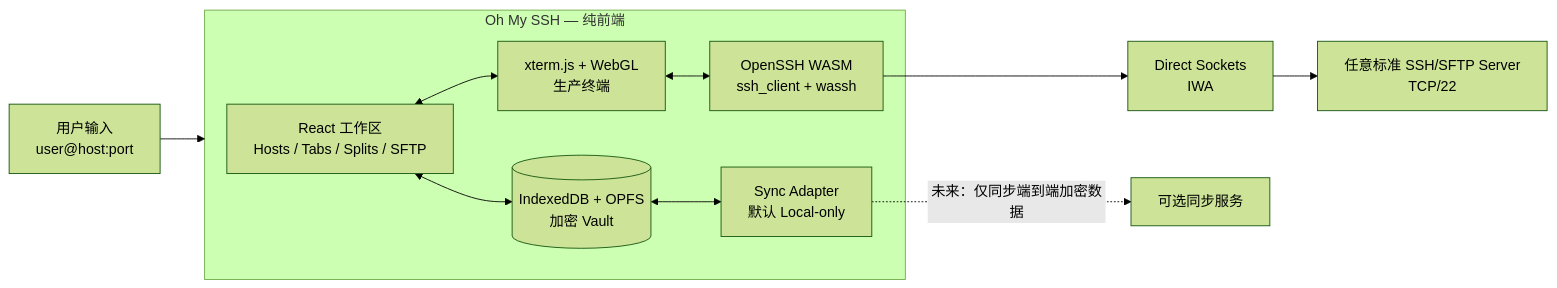
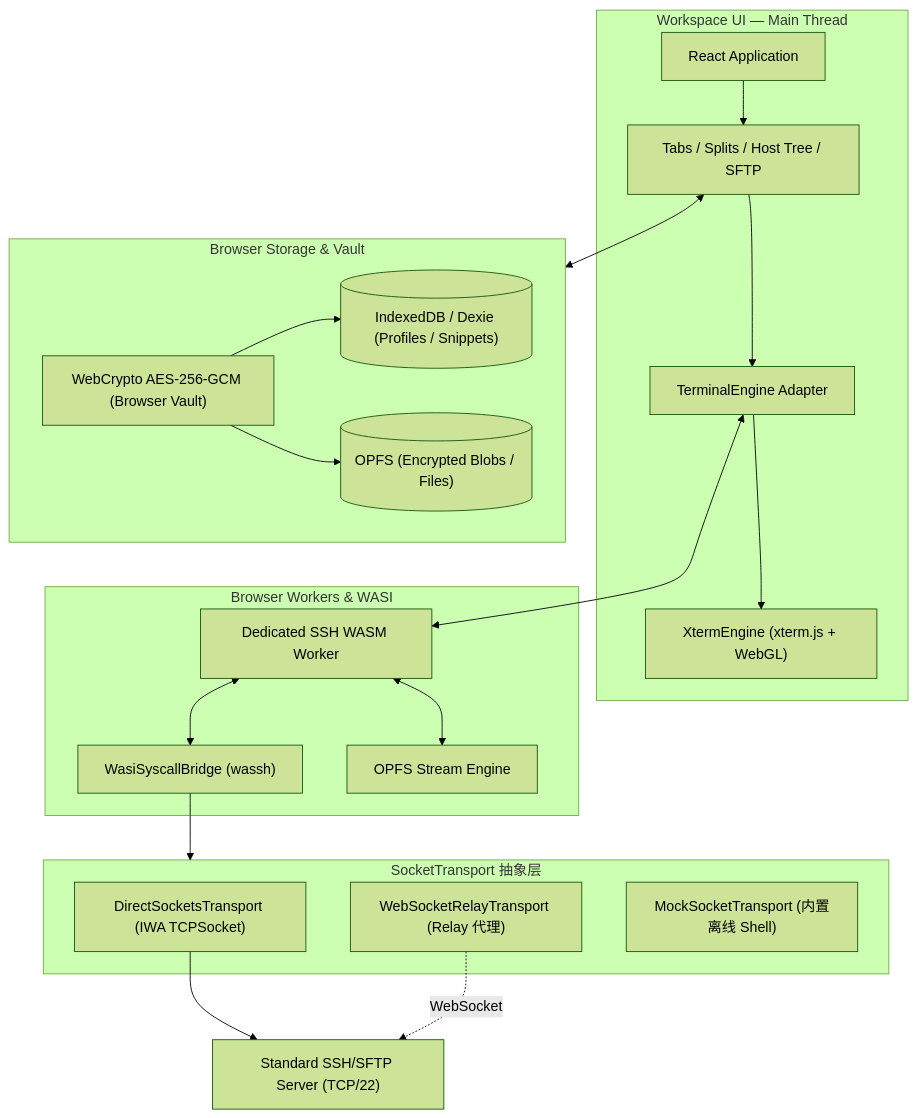
The diagram in README.md (tianrking/oh_myssh), drawn with Mermaid (forest theme) before and after one commit. The commit also changed other lines of this file, not shown here.

````diff
--- a/README.md
+++ b/README.md
@@ -24,21 +59,40 @@
 ```mermaid
-flowchart LR
-  USER["用户输入<br/>user@host:port"] --> APP
-
-  subgraph APP["Oh My SSH — 纯前端"]
-    UI["React 工作区<br/>Hosts / Tabs / Splits / SFTP"]
-    TERM["xterm.js + WebGL<br/>生产终端"]
-    SSH["OpenSSH WASM<br/>ssh_client + wassh"]
-    STORE[("IndexedDB + OPFS<br/>加密 Vault")]
-    SYNC["Sync Adapter<br/>默认 Local-only"]
-
-    UI <--> TERM
-    TERM <--> SSH
-    UI <--> STORE
-    STORE <--> SYNC
+flowchart TB
+  subgraph UI["Workspace UI — Main Thread"]
+    APP["React Application"]
+    WORK["Tabs / Splits / Host Tree / SFTP"]
+    TAD["TerminalEngine Adapter"]
+    XTERM["XtermEngine (xterm.js + WebGL)"]
+    APP --> WORK
+    WORK --> TAD
+    TAD --> XTERM
   end
 
-  SSH --> SOCKET["Direct Sockets<br/>IWA"]
-  SOCKET --> HOST["任意标准 SSH/SFTP Server<br/>TCP/22"]
-  SYNC -. "未来：仅同步端到端加密数据" .-> CLOUD["可选同步服务"]
+  subgraph Workers["Browser Workers & WASI"]
+    SSH["Dedicated SSH WASM Worker"]
+    WASSH["WasiSyscallBridge (wassh)"]
+    SFTP["OPFS Stream Engine"]
+    SSH <--> WASSH
+    SSH <--> SFTP
+  end
+
+  subgraph SocketLayer["SocketTransport 抽象层"]
+    DIRECT["DirectSocketsTransport (IWA TCPSocket)"]
+    RELAY["WebSocketRelayTransport (Relay 代理)"]
+    MOCK["MockSocketTransport (内置离线 Shell)"]
+  end
+
+  subgraph Storage["Browser Storage & Vault"]
+    DB[("IndexedDB / Dexie (Profiles / Snippets)")]
+    OPFS[("OPFS (Encrypted Blobs / Files)")]
+    CRYPTO["WebCrypto AES-256-GCM (Browser Vault)"]
+    CRYPTO --> DB
+    CRYPTO --> OPFS
+  end
+
+  TAD <--> SSH
+  WASSH --> SocketLayer
+  WORK <--> Storage
+  DIRECT --> HOST["Standard SSH/SFTP Server (TCP/22)"]
+  RELAY -. WebSocket .-> HOST
 ```
````
